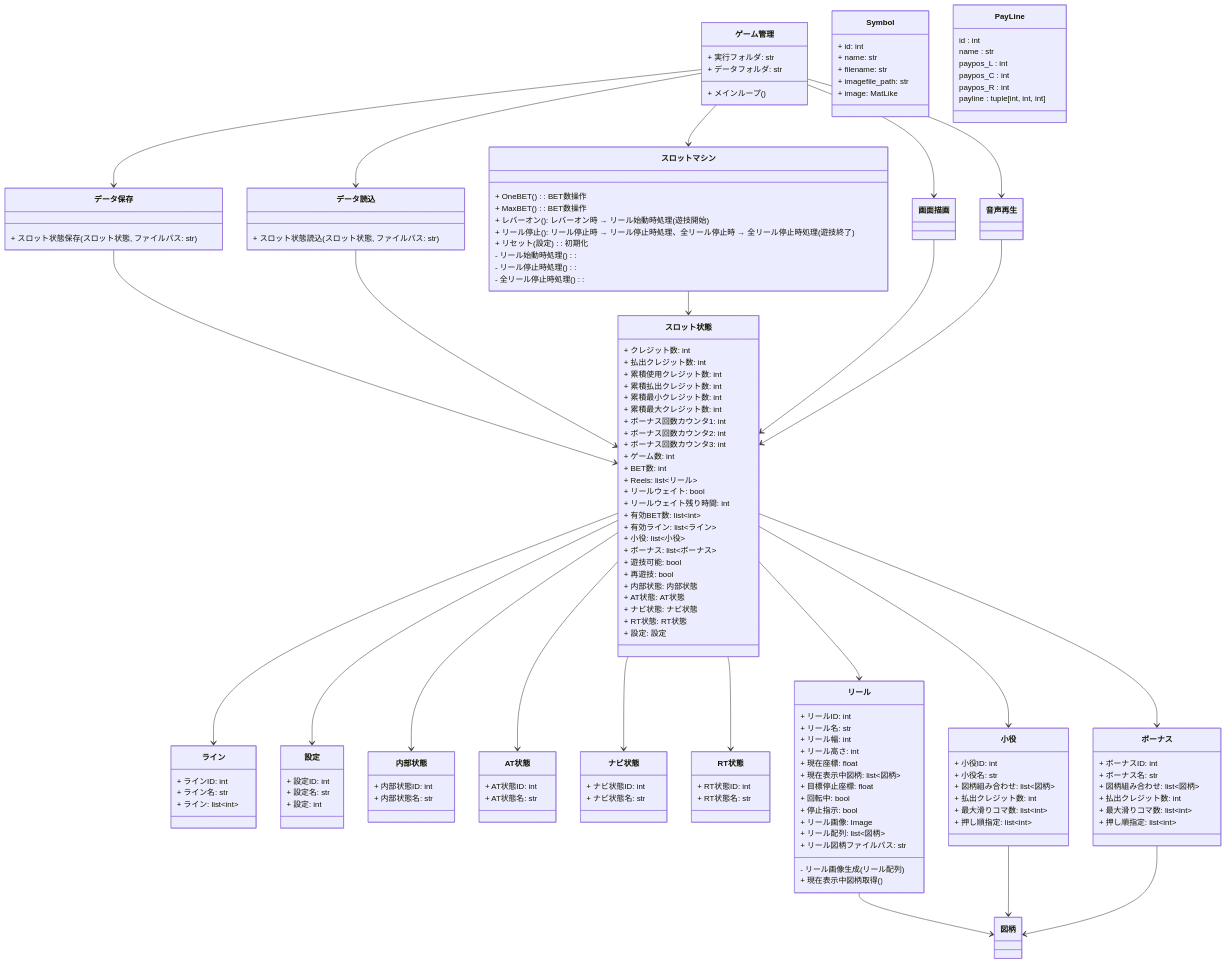
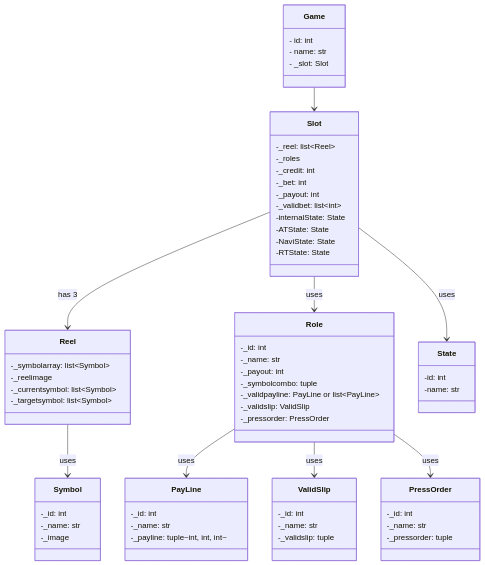
One commit to 818yaiba/NewSlot changed the diagram in docs/class_diagram.md. Above: the diagram before and after it, drawn with Mermaid.

Commit message:
クラス図を更新し、mermaid記法に基づく新しい構造を追加

````diff
--- a/docs/class_diagram.md
+++ b/docs/class_diagram.md
@@ -2,171 +6,70 @@
 
 classDiagram
 
-class ゲーム管理 {
-    + 実行フォルダ: str
-    + データフォルダ: str
+    class Game {
+        - id: int
+        - name: str
+        - _slot: Slot
+    }
+    class Slot {
+        -_reel: list~Reel~
+        -_roles
+        -_credit: int
+        -_bet: int
+        -_payout: int
+        -_validbet: list~int~
+        -internalState: State
+        -ATState: State
+        -NaviState: State
+        -RTState: State
+    }
+    class Reel {
+        -_symbolarray: list~Symbol~
+        -_reelimage
+        -_currentsymbol: list~Symbol~
+        -_targetsymbol: list~Symbol~
+    }
+    class Symbol {
+        -_id: int
+        -_name: str
+        -_image
+    }
+    class PayLine {
+        -_id: int
+        -_name: str
+        -_payline: tuple~int, int, int~
+    }
+    class Role {
+        -_id: int
+        -_name: str
+        -_payout: int
+        -_symbolcombo: tuple
+        -_validpayline: PayLine or list~PayLine~
+        -_validslip: ValidSlip
+        -_pressorder: PressOrder
+    }
+    class ValidSlip {
+        -_id: int
+        -_name: str
+        -_validslip: tuple
+    }
+    class PressOrder {
+        -_id: int
+        -_name: str
+        -_pressorder: tuple
+    }
+    class State {
+        -id: int
+        -name: str
+    }
 
-    + メインループ()
-}
-
-class スロットマシン {
-    + OneBET(): BET数操作
-    + MaxBET(): BET数操作
-    + レバーオン(): レバーオン時 → リール始動時処理(遊技開始)
-    + リール停止(): リール停止時 → リール停止時処理、全リール停止時 → 全リール停止時処理(遊技終了)
-    + リセット(設定): 初期化
-    - リール始動時処理():
-    - リール停止時処理():
-    - 全リール停止時処理():
-}
-
-class スロット状態 {
-    + クレジット数: int
-    + 払出クレジット数: int
-    + 累積使用クレジット数: int
-    + 累積払出クレジット数: int
-    + 累積最小クレジット数: int
-    + 累積最大クレジット数: int
-    + ボーナス回数カウンタ1: int
-    + ボーナス回数カウンタ2: int
-    + ボーナス回数カウンタ3: int
-    + ゲーム数: int
-    + BET数: int
-    + Reels: list~リール~
-    + リールウェイト: bool
-    + リールウェイト残り時間: int
-    + 有効BET数: list~int~
-    + 有効ライン: list~ライン~
-    + 小役: list~小役~
-    + ボーナス: list~ボーナス~
-    + 遊技可能: bool
-    + 再遊技: bool
-    + 内部状態: 内部状態
-    + AT状態: AT状態
-    + ナビ状態: ナビ状態
-    + RT状態: RT状態
-    + 設定: 設定
-}
-
-class ライン {
-    + ラインID: int
-    + ライン名: str
-    + ライン: list~int~
-}
-
-class 設定 {
-    + 設定ID: int
-    + 設定名: str
-    + 設定: int
-}
-
-class 内部状態 {
-    + 内部状態ID: int
-    + 内部状態名: str
-}
-
-class AT状態 {
-    + AT状態ID: int
-    + AT状態名: str
-}
-
-class ナビ状態 {
-    + ナビ状態ID: int
-    + ナビ状態名: str
-}
-
-class RT状態 {
-    + RT状態ID: int
-    + RT状態名: str
-}
-
-class 小役 {
-    + 小役ID: int
-    + 小役名: str
-    + 図柄組み合わせ: list~図柄~
-    + 払出クレジット数: int
-    + 最大滑りコマ数: list~int~
-    + 押し順指定: list~int~
-}
-
-class ボーナス {
-    + ボーナスID: int
-    + ボーナス名: str
-    + 図柄組み合わせ: list~図柄~
-    + 払出クレジット数: int
-    + 最大滑りコマ数: list~int~
-    + 押し順指定: list~int~
-}
-
-class リール {
-    + リールID: int
-    + リール名: str
-    + リール幅: int
-    + リール高さ: int
-    + 現在座標: float
-    + 現在表示中図柄: list~図柄~
-    + 目標停止座標: float
-    + 回転中: bool
-    + 停止指示: bool
-    + リール画像: Image
-    + リール配列: list~図柄~
-    + リール図柄ファイルパス: str
-
-    - リール画像生成(リール配列)
-    + 現在表示中図柄取得()
-}
-
-class Symbol {
-    + id: int
-    + name: str
-    + filename: str
-    + imagefile_path: str
-    + image: MatLike
-}
-
-class PayLine {
-    id : int
-    name : str
-    paypos_L : int
-    paypos_C : int
-    paypos_R : int
-    payline : tuple[int, int, int]
-}
-
-class データ保存 {
-    + スロット状態保存(スロット状態, ファイルパス: str)
-}
-
-class データ読込 {
-    + スロット状態読込(スロット状態, ファイルパス: str)
-}
-
-%% --- 関係 ---
-ゲーム管理 --> スロットマシン
-ゲーム管理 --> 画面描画
-ゲーム管理 --> 音声再生
-ゲーム管理 --> データ保存
-ゲーム管理 --> データ読込
-
-データ保存 --> スロット状態
-データ読込 --> スロット状態
-スロットマシン --> スロット状態
-画面描画 --> スロット状態
-音声再生 --> スロット状態
-
-スロット状態 --> リール
-リール --> 図柄
-
-スロット状態 --> ライン
-スロット状態 --> 設定
-スロット状態 --> 内部状態
-スロット状態 --> AT状態
-スロット状態 --> ナビ状態
-スロット状態 --> RT状態
-
-スロット状態 --> 小役
-小役 --> 図柄
-スロット状態 --> ボーナス
-ボーナス --> 図柄
+    Game --> Slot
+    Slot --> Reel : has 3
+    Reel --> Symbol : uses
+    Slot --> State : uses
+    Slot --> Role : uses
+    Role --> PayLine : uses
+    Role --> ValidSlip : uses
+    Role --> PressOrder : uses
 
 ```
````
